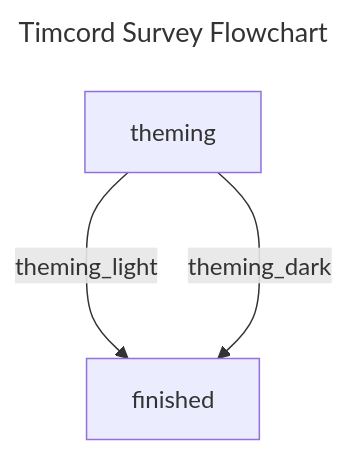
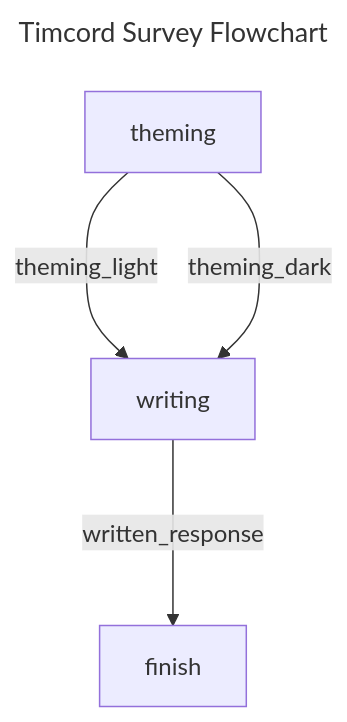
One commit to ObjectsCountries/Timcord-Survey changed the first of 2 diagrams in README.md. Above: the diagram before and after it, drawn with Mermaid.

Commit message:
ACTION: Update flowcharts

````diff
--- a/README.md
+++ b/README.md
@@ -22,10 +22,12 @@
 ```mermaid
 ---
 title: Timcord Survey Flowchart
 ---
 graph 
 theming["theming"]
-finished["finished"]
-theming --->|theming_light| finished
-theming --->|theming_dark| finished
+writing["writing"]
+finish["finish"]
+theming --->|theming_light| writing
+theming --->|theming_dark| writing
+writing --->|written_response| finish
 ```
````
